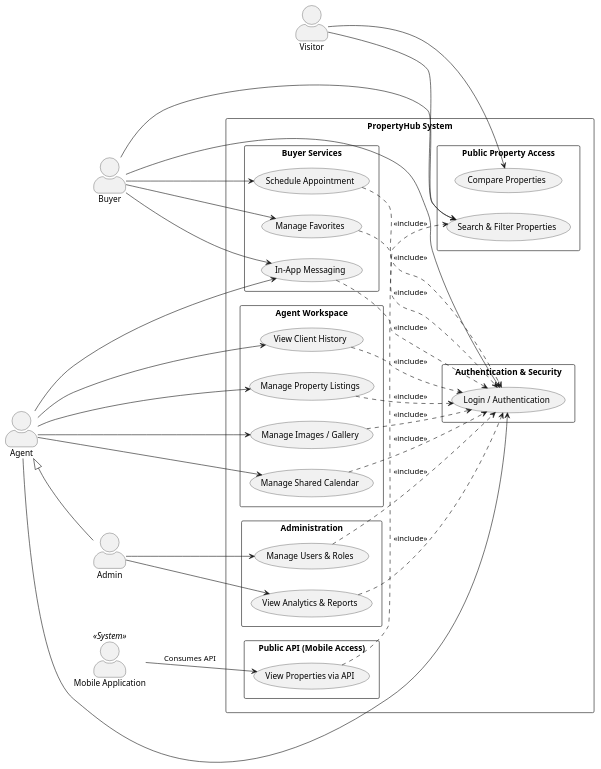
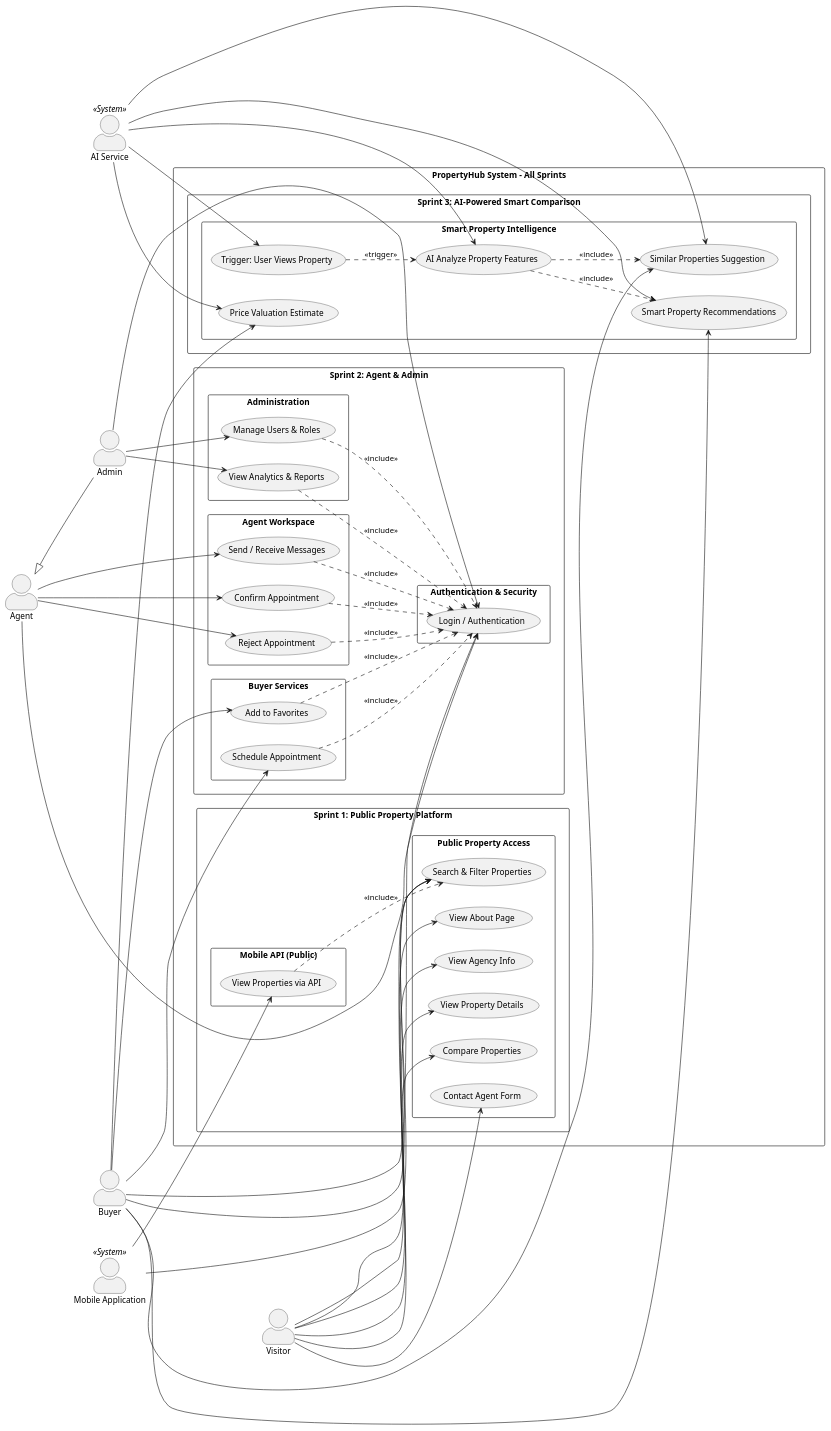
Before and after one commit to AZIZ-Soufiane/PropertyHub-PFE: the diagram in UseCase/global_UseCase.puml, drawn with PlantUML. The commit also changed 6 other files, not shown here.

```diff
--- a/UseCase/global_UseCase.puml
+++ b/UseCase/global_UseCase.puml
@@ -1,99 +1,110 @@
 @startuml
 left to right direction
 skinparam packageStyle rectangle
 skinparam shadowing false
 skinparam actorStyle awesome
 
-'================ ACTORS =================
 actor "Visitor" as Visitor
 actor "Buyer" as Buyer
 actor "Agent" as Agent
 actor "Admin" as Admin
 actor "Mobile Application" as MobileApp <<System>>
+actor "AI Service" as AI <<System>>
 
-' Actor hierarchy
-Agent <|-- Admin
+Admin -up-|> Agent
 
-rectangle "PropertyHub System" {
+rectangle "PropertyHub System - All Sprints" {
 
-  '=========== AUTH ===========
-  package "Authentication & Security" {
-      (Login / Authentication) as Login
+  rectangle "Sprint 1: Public Property Platform" {
+      package "Public Property Access" {
+          (Search & Filter Properties) as Search
+          (View Property Details) as Details
+          (Compare Properties) as Compare
+          (Contact Agent Form) as ContactAgent
+          (View About Page) as AboutPage
+          (View Agency Info) as AgencyInfo
+      }
+      package "Mobile API (Public)" {
+          (View Properties via API) as APIView
+      }
   }
 
-  '=========== PUBLIC FEATURES ===========
-  package "Public Property Access" {
-      (Search & Filter Properties) as Search
-      (Compare Properties) as Compare
+  rectangle "Sprint 2: Agent & Admin" {
+      package "Authentication & Security" {
+          (Login / Authentication) as Login
+      }
+      package "Agent Workspace" {
+          (Send / Receive Messages) as Messages
+          (Confirm Appointment) as Confirm
+          (Reject Appointment) as Reject
+      }
+      package "Administration" {
+          (View Analytics & Reports) as Analytics
+          (Manage Users & Roles) as ManageUsers
+      }
+      package "Buyer Services" {
+          (Add to Favorites) as Favorites
+          (Schedule Appointment) as Appointment
+      }
   }
 
-  '=========== BUYER FEATURES ===========
-  package "Buyer Services" {
-      (Manage Favorites) as Favorites
-      (Schedule Appointment) as Appointment
-      (In-App Messaging) as Messaging
+  rectangle "Sprint 3: AI-Powered Smart Comparison" {
+      package "Smart Property Intelligence" {
+          (AI Analyze Property Features) as AI_AnalyzeFeatures
+          (Smart Property Recommendations) as AI_Recommend
+          (Price Valuation Estimate) as AI_PriceValuation
+          (Similar Properties Suggestion) as AI_SimilarProps
+          (Trigger: User Views Property) as TriggerView
+      }
   }
 
-  '=========== AGENT FEATURES ===========
-  package "Agent Workspace" {
-      (Manage Property Listings) as Listings
-      (Manage Images / Gallery) as Gallery
-      (Manage Shared Calendar) as Calendar
-      (View Client History) as ClientHistory
-  }
-
-  '=========== ADMIN FEATURES ===========
-  package "Administration" {
-      (Manage Users & Roles) as Users
-      (View Analytics & Reports) as Analytics
-  }
-
-  '=========== API ACCESS ===========
-  package "Public API (Mobile Access)" {
-      (View Properties via API) as APIView
-  }
 }
 
-'================ RELATIONSHIPS =================
+Visitor --> Search
+Visitor --> Details
+Visitor --> Compare
+Visitor --> ContactAgent
+Visitor --> AboutPage
+Visitor --> AgencyInfo
 
-' Visitor
-Visitor --> Search
-Visitor --> Compare
-
-' Buyer
 Buyer --> Login
 Buyer --> Search
 Buyer --> Favorites
 Buyer --> Appointment
-Buyer --> Messaging
+Buyer --> AI_Recommend
+Buyer --> AI_PriceValuation
+Buyer --> AI_SimilarProps
 
-' Agent
 Agent --> Login
-Agent --> Messaging
-Agent --> Listings
-Agent --> Gallery
-Agent --> Calendar
-Agent --> ClientHistory
+Agent --> Messages
+Agent --> Confirm
+Agent --> Reject
 
-' Admin
-Admin --> Users
+Admin --> Login
 Admin --> Analytics
+Admin --> ManageUsers
 
-' Mobile API consumer
-MobileApp --> APIView : Consumes API
+MobileApp --> APIView
+MobileApp --> Search
 
-'================ SECURITY =================
+AI --> AI_AnalyzeFeatures
+AI --> AI_Recommend
+AI --> AI_PriceValuation
+AI --> AI_SimilarProps
+AI --> TriggerView
+
 Favorites ..> Login : <<include>>
 Appointment ..> Login : <<include>>
-Messaging ..> Login : <<include>>
-Listings ..> Login : <<include>>
-Gallery ..> Login : <<include>>
-Calendar ..> Login : <<include>>
-ClientHistory ..> Login : <<include>>
-Users ..> Login : <<include>>
+Messages ..> Login : <<include>>
+Confirm ..> Login : <<include>>
+Reject ..> Login : <<include>>
 Analytics ..> Login : <<include>>
+ManageUsers ..> Login : <<include>>
 
-' API reuses search logic
 APIView ..> Search : <<include>>
 
+TriggerView ..> AI_AnalyzeFeatures : <<trigger>>
+AI_AnalyzeFeatures ..> AI_Recommend : <<include>>
+AI_AnalyzeFeatures ..> AI_SimilarProps : <<include>>
+
 @enduml
```
